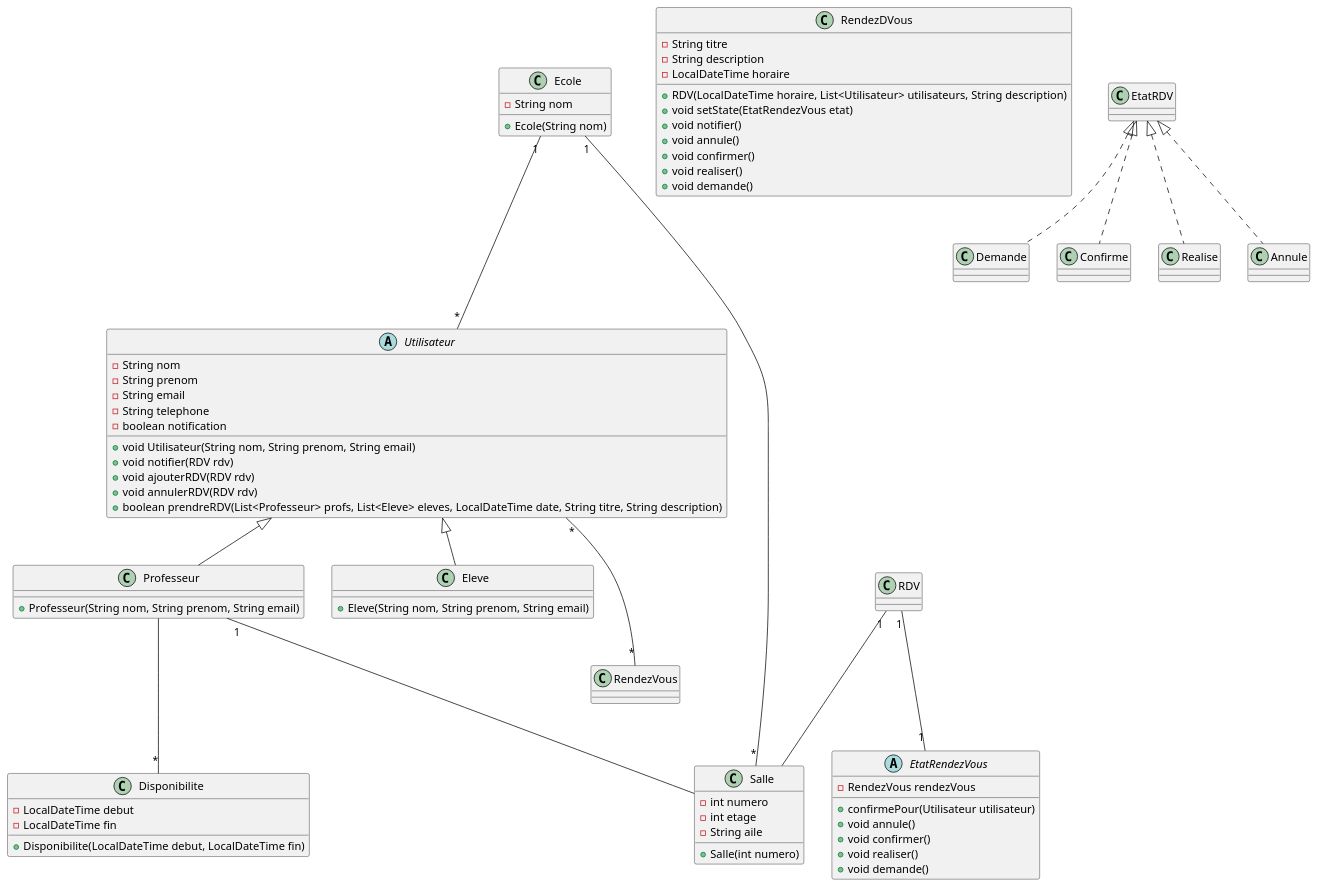
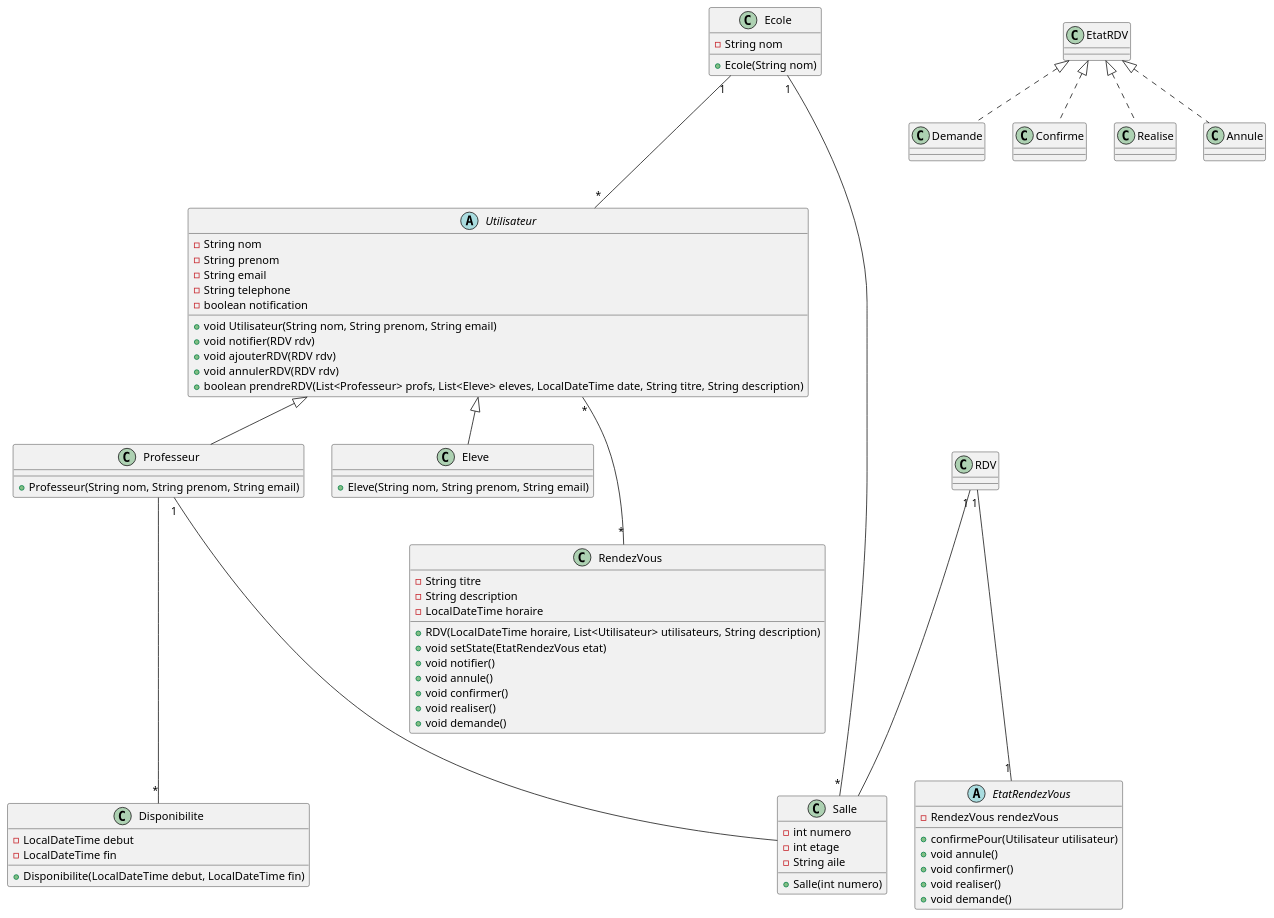
Before and after one commit to Jcz125/meeting-manager-app: the diagram in Conception/DiagrameClasse.puml, drawn with PlantUML.

Commit message:
maj diag classes

```diff
--- a/Conception/DiagrameClasse.puml
+++ b/Conception/DiagrameClasse.puml
@@ -1,100 +1,100 @@
 @startuml Diagramme de classe
 
 abstract class Utilisateur {
     - String nom
     - String prenom
     - String email
     - String telephone
     - boolean notification
     
     + void Utilisateur(String nom, String prenom, String email)
     + void notifier(RDV rdv)
     + void ajouterRDV(RDV rdv)
     + void annulerRDV(RDV rdv)
     + boolean prendreRDV(List<Professeur> profs, List<Eleve> eleves, LocalDateTime date, String titre, String description)
 }
 
 class Professeur {
     + Professeur(String nom, String prenom, String email)
 }
 
 class Eleve {
     + Eleve(String nom, String prenom, String email)
 }
 
 class Disponibilite {
     - LocalDateTime debut
     - LocalDateTime fin
 
     + Disponibilite(LocalDateTime debut, LocalDateTime fin)
 }
 
-class RendezDVous {
+class RendezVous {
     - String titre
     - String description
     - LocalDateTime horaire
     
     + RDV(LocalDateTime horaire, List<Utilisateur> utilisateurs, String description)
     + void setState(EtatRendezVous etat)
     + void notifier()
     + void annule()
     + void confirmer()
     + void realiser()
     + void demande()
 }
 
 abstract class EtatRendezVous {
     - RendezVous rendezVous
     + confirmePour(Utilisateur utilisateur)
     + void annule()
     + void confirmer()
     + void realiser()
     + void demande()
 }
 
 class Demande {
 }
 
 class Confirme {
 }
 
 class Realise {
 }
 
 class Annule {
 }
 
 
 class Ecole {
     - String nom
     + Ecole(String nom)
 }
 
 class Salle {
     - int numero
     - int etage
     - String aile
 
     + Salle(int numero)
 }
 
 
 Utilisateur "*" --- "*" RendezVous
 Ecole "1" --- "*" Utilisateur
 Ecole "1" --- "*" Salle
 
 
 EtatRDV <|.. Confirme
 EtatRDV <|.. Annule
 EtatRDV <|.. Realise
 EtatRDV <|.. Demande
 
 RDV "1" --- "1" EtatRendezVous
 RDV "1" --- Salle
 Professeur "1" --- Salle
 
 Utilisateur  <|--  Professeur
 Utilisateur  <|--  Eleve
 Professeur --- "*" Disponibilite
 
 @enduml
```
